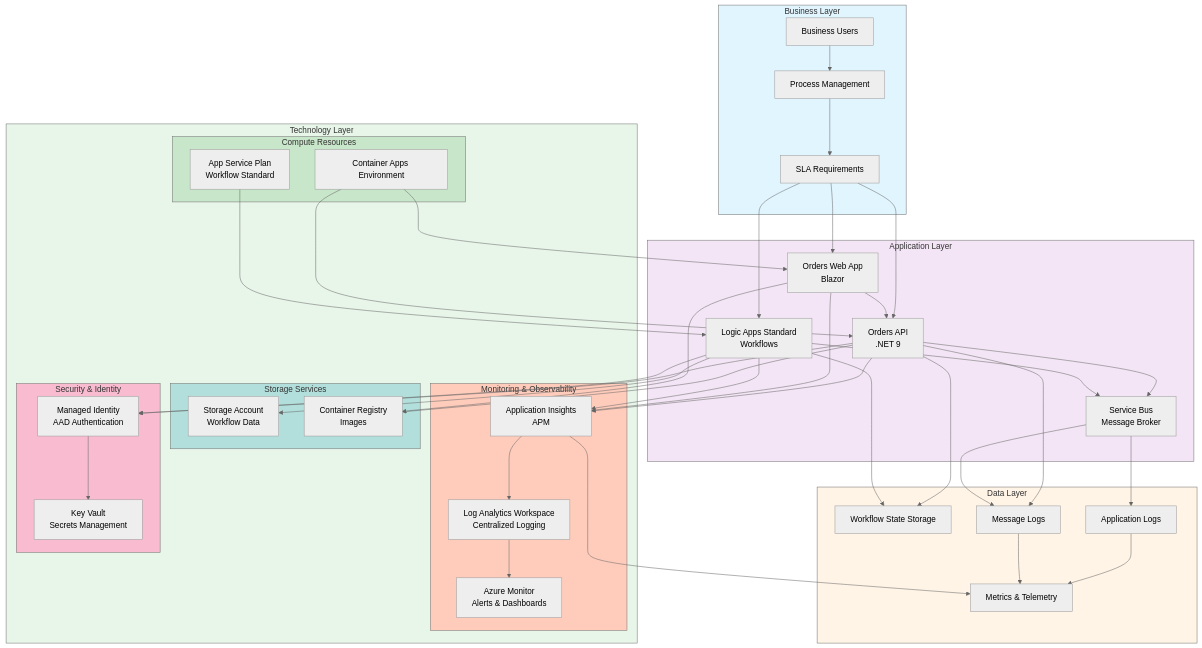
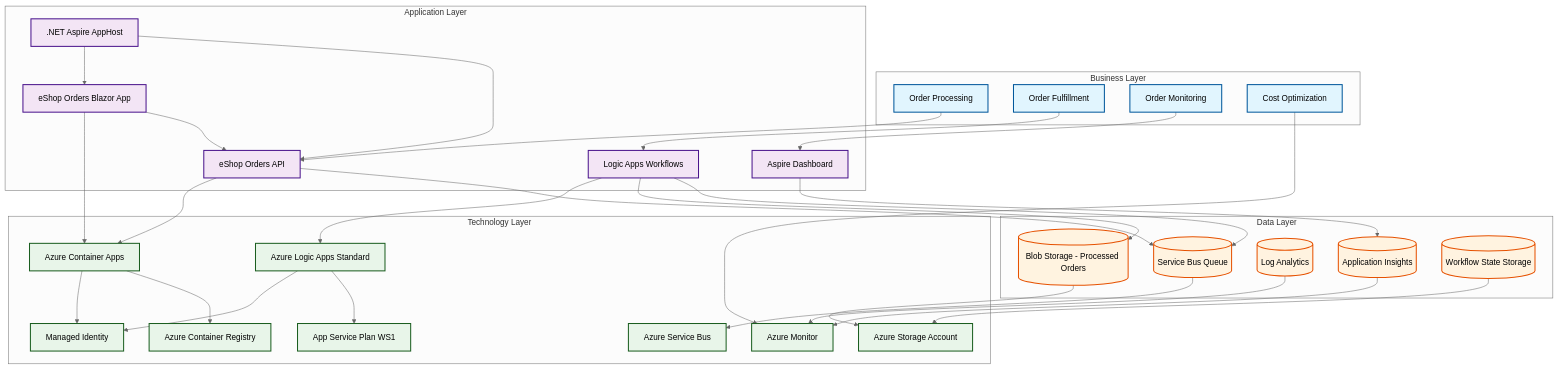
The first of 3 diagrams in README.md (Evilazaro/Azure-LogicApps-Monitoring), drawn with Mermaid (neutral theme) before and after one commit. The commit also changed other lines of this file, not shown here.

````diff
--- a/README.md
+++ b/README.md
@@ -162,94 +145,73 @@
 ```mermaid
 graph TB
     subgraph Business["Business Layer"]
-        BU[Business Users]
-        PM[Process Management]
-        SLA[SLA Requirements]
+        B1[Order Processing]
+        B2[Order Fulfillment]
+        B3[Order Monitoring]
+        B4[Cost Optimization]
     end
 
     subgraph Data["Data Layer"]
-        WS[Workflow State Storage]
-        ML[Message Logs]
-        AL[Application Logs]
-        MT[Metrics & Telemetry]
+        D1[(Service Bus Queue)]
+        D2[(Blob Storage - Processed Orders)]
+        D3[(Log Analytics)]
+        D4[(Application Insights)]
+        D5[(Workflow State Storage)]
     end
 
     subgraph Application["Application Layer"]
-        API[Orders API<br/>.NET 9]
-        WEB[Orders Web App<br/>Blazor]
-        LA[Logic Apps Standard<br/>Workflows]
-        SB[Service Bus<br/>Message Broker]
+        A1[eShop Orders API]
+        A2[eShop Orders Blazor App]
+        A3[Logic Apps Workflows]
+        A4[.NET Aspire AppHost]
+        A5[Aspire Dashboard]
     end
 
     subgraph Technology["Technology Layer"]
-        subgraph Compute["Compute Resources"]
-            CAE[Container Apps Environment]
-            ASP[App Service Plan<br/>Workflow Standard]
-        end
-        
-        subgraph Storage["Storage Services"]
-            SA[Storage Account<br/>Workflow Data]
-            ACR[Container Registry<br/>Images]
-        end
-        
-        subgraph Monitoring["Monitoring & Observability"]
-            AI[Application Insights<br/>APM]
-            LAW[Log Analytics Workspace<br/>Centralized Logging]
-            AM[Azure Monitor<br/>Alerts & Dashboards]
-        end
-        
-        subgraph Security["Security & Identity"]
-            MI[Managed Identity<br/>AAD Authentication]
-            KV[Key Vault<br/>Secrets Management]
-        end
+        T1[Azure Container Apps]
+        T2[Azure Logic Apps Standard]
+        T3[Azure Container Registry]
+        T4[Azure Service Bus]
+        T5[Azure Storage Account]
+        T6[Azure Monitor]
+        T7[Managed Identity]
+        T8[App Service Plan WS1]
     end
 
-    BU --> PM
-    PM --> SLA
-    
-    SLA --> API
-    SLA --> WEB
-    SLA --> LA
-    
-    API --> SB
-    WEB --> API
-    LA --> SB
-    
-    API --> WS
-    API --> ML
-    SB --> ML
-    LA --> WS
-    
-    API --> AI
-    WEB --> AI
-    LA --> AI
-    SB --> AL
-    
-    AI --> MT
-    AL --> MT
-    ML --> MT
-    
-    CAE --> API
-    CAE --> WEB
-    ASP --> LA
-    
-    LA --> SA
-    API --> ACR
-    WEB --> ACR
-    
-    AI --> LAW
-    LAW --> AM
-    
-    API --> MI
-    LA --> MI
-    MI --> KV
+    B1 --> A1
+    B2 --> A3
+    B3 --> A5
+    B4 --> T6
 
-    style Business fill:#e1f5ff
-    style Data fill:#fff4e6
-    style Application fill:#f3e5f5
-    style Technology fill:#e8f5e9
-    style Compute fill:#c8e6c9
-    style Storage fill:#b2dfdb
-    style Monitoring fill:#ffccbc
-    style Security fill:#f8bbd0
+    A1 --> D1
+    A2 --> A1
+    A3 --> D1
+    A3 --> D2
+    A4 --> A1
+    A4 --> A2
+    A5 --> D4
+
+    D1 --> T4
+    D2 --> T5
+    D3 --> T6
+    D4 --> T6
+    D5 --> T5
+
+    A1 --> T1
+    A2 --> T1
+    A3 --> T2
+    T1 --> T3
+    T2 --> T8
+    T1 --> T7
+    T2 --> T7
+
+    classDef businessClass fill:#e1f5fe,stroke:#01579b,stroke-width:2px
+    classDef dataClass fill:#fff3e0,stroke:#e65100,stroke-width:2px
+    classDef appClass fill:#f3e5f5,stroke:#4a148c,stroke-width:2px
+    classDef techClass fill:#e8f5e9,stroke:#1b5e20,stroke-width:2px
+
+    class B1,B2,B3,B4 businessClass
+    class D1,D2,D3,D4,D5 dataClass
+    class A1,A2,A3,A4,A5 appClass
+    class T1,T2,T3,T4,T5,T6,T7,T8 techClass
 ```
````
